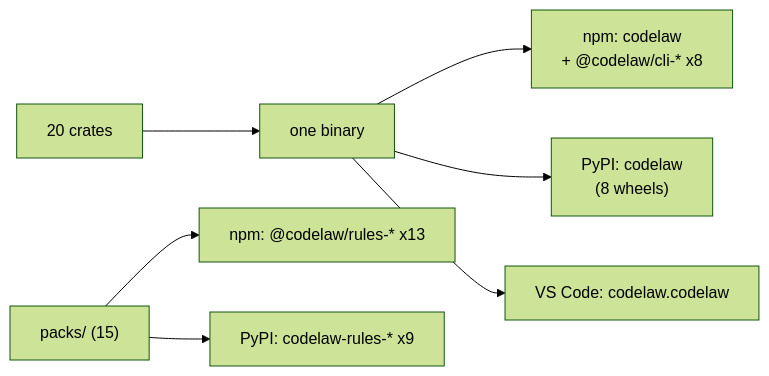
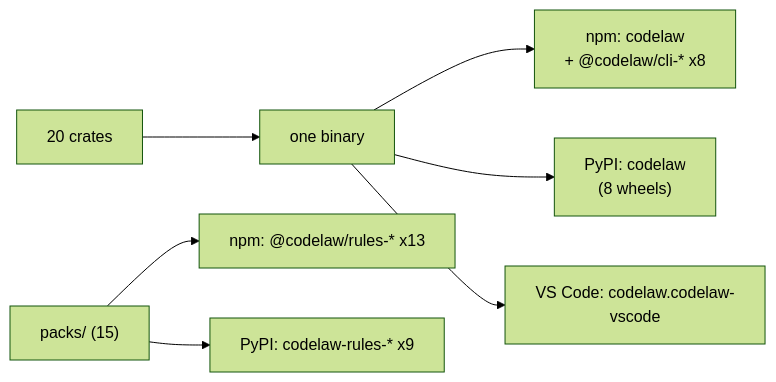
One commit to arpitarya/codelaw changed the diagram in records/0107_packages.md. Above: the diagram before and after it, drawn with Mermaid (forest theme). The commit also changed other lines of this file and 11 other files, not shown here.

Commit message:
W-95: the extension is codelaw.codelaw-vscode (the Marketplace holds codelaw) — manifest, publish.yml, SR-EDITOR, SR-PACKAGES, RELEASING, CHANGELOG; the 0.3.0 .vsix files built for the upload by hand (with Cowork's W-95 edits)

````diff
--- a/records/0107_packages.md
+++ b/records/0107_packages.md
@@ -56,9 +56,9 @@
 ```mermaid
 flowchart LR
     W["20 crates"] --> B["one binary"]
     B --> N["npm: codelaw<br/>+ @codelaw/cli-* x8"]
     B --> P["PyPI: codelaw<br/>(8 wheels)"]
-    B --> V["VS Code: codelaw.codelaw"]
+    B --> V["VS Code: codelaw.codelaw-vscode"]
     R["packs/ (15)"] --> NR["npm: @codelaw/rules-* x13"]
     R --> PR["PyPI: codelaw-rules-* x9"]
 ```
````
